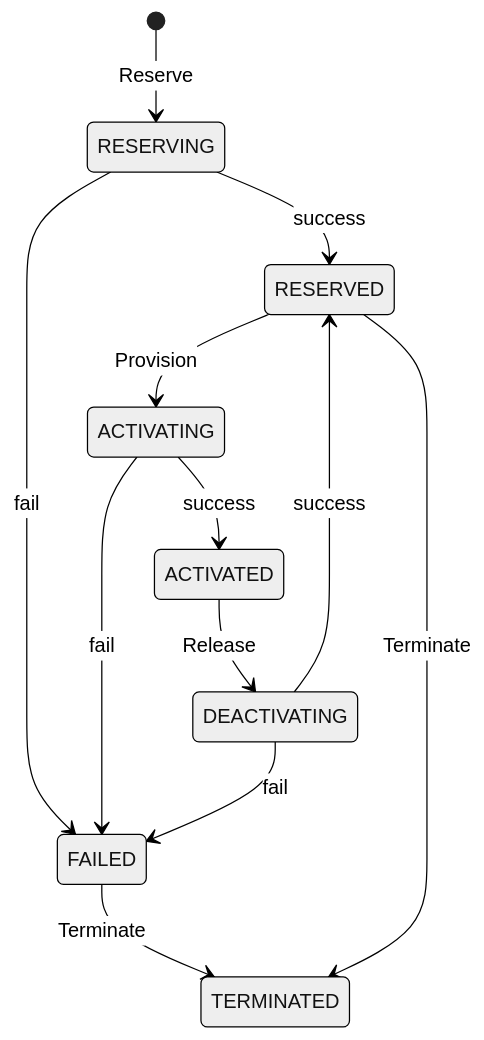
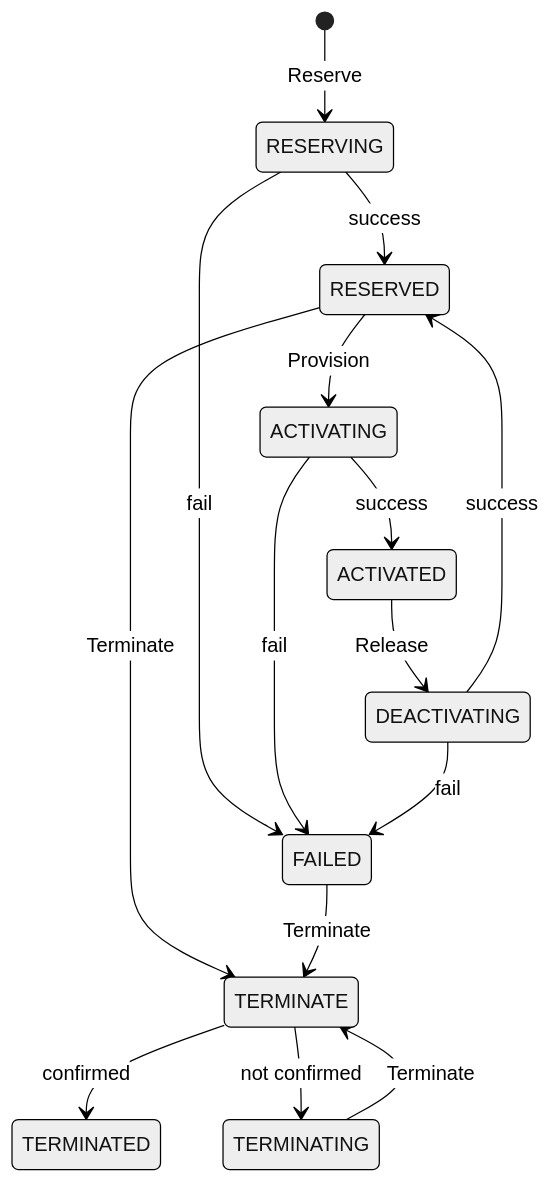
The first of 6 diagrams in README.md (workfloworchestrator/nsi-aggregator-proxy), drawn with Mermaid (neutral theme) before and after one commit. The commit also changed other lines of this file and 17 other files, not shown here.

````diff
--- a/README.md
+++ b/README.md
@@ -57,17 +57,21 @@
 ```mermaid
 stateDiagram-v2
     [*] --> RESERVING : Reserve
     state RESERVING <<choice>>
     RESERVING --> RESERVED : success
     RESERVING --> FAILED : fail
-    FAILED --> TERMINATED : Terminate
     RESERVED --> ACTIVATING : Provision
     state ACTIVATING <<choice>>
     ACTIVATING --> ACTIVATED : success
     ACTIVATING --> FAILED : fail
     ACTIVATED --> DEACTIVATING : Release
     state DEACTIVATING <<choice>>
     DEACTIVATING --> RESERVED : success
     DEACTIVATING --> FAILED : fail
-    RESERVED --> TERMINATED : Terminate
+    RESERVED --> TERMINATE : Terminate
+    FAILED --> TERMINATE : Terminate
+    state TERMINATE <<choice>>
+    TERMINATE --> TERMINATED : confirmed
+    TERMINATE --> TERMINATING : not confirmed
+    TERMINATING --> TERMINATE : Terminate
 ```
````
